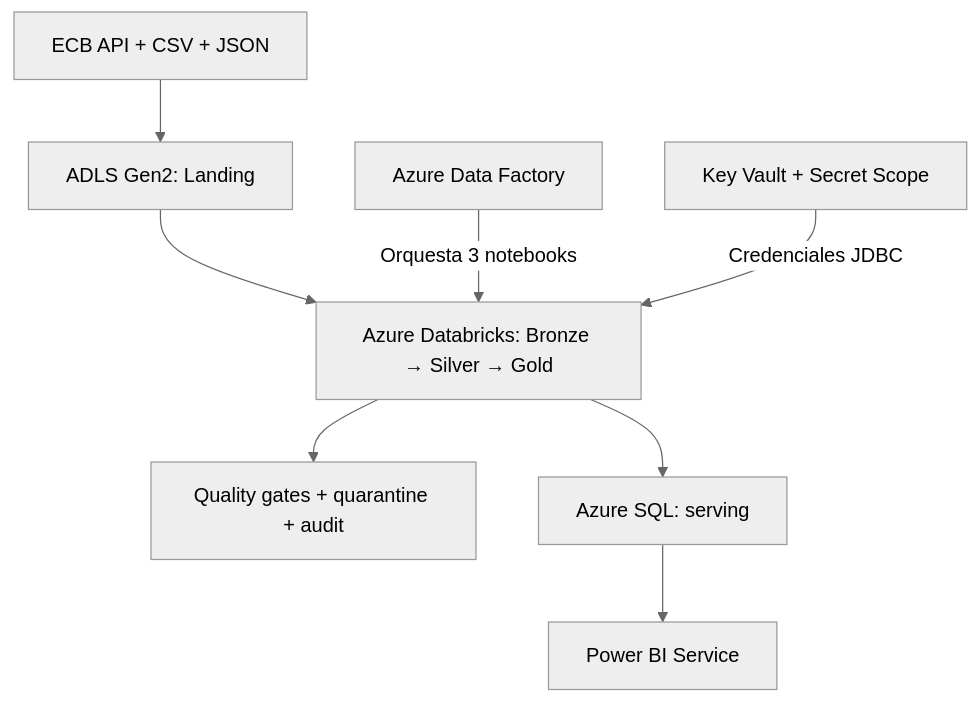
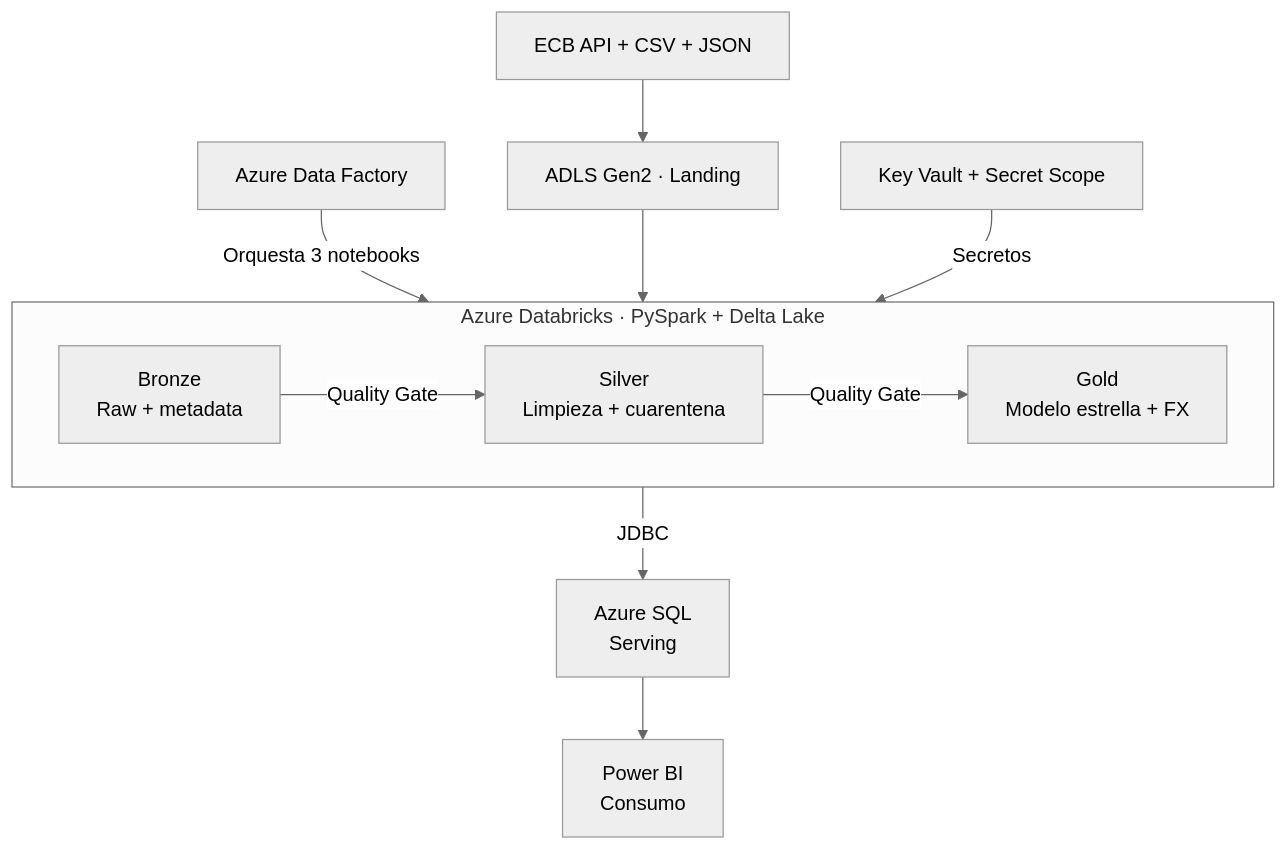
The diagram in 23-azure-adf-databricks-bank-fx/README.md (franciscosalaspla/data-engineering-portfolio), drawn with Mermaid (neutral theme) before and after one commit. The commit also changed other lines of this file and 1 other file, not shown here.

````diff
--- a/23-azure-adf-databricks-bank-fx/README.md
+++ b/23-azure-adf-databricks-bank-fx/README.md
@@ -11,10 +13,16 @@
 ```mermaid
 flowchart TD
-    S["ECB API + CSV + JSON"] --> L["ADLS Gen2: Landing"]
-    L --> D["Azure Databricks: Bronze → Silver → Gold"]
-    A["Azure Data Factory"] -->|"Orquesta 3 notebooks"| D
-    D --> Q["Quality gates + quarantine + audit"]
-    D --> SQL["Azure SQL: serving"]
-    SQL --> BI["Power BI Service"]
-    K["Key Vault + Secret Scope"] -->|"Credenciales JDBC"| D
+    SRC["ECB API + CSV + JSON"] --> LAND["ADLS Gen2 · Landing"]
+    ADF["Azure Data Factory"] -->|"Orquesta 3 notebooks"| BRONZE
+
+    subgraph DBX["Azure Databricks · PySpark + Delta Lake"]
+        direction LR
+        BRONZE["Bronze<br/>Raw + metadata"] -->|"Quality Gate"| SILVER["Silver<br/>Limpieza + cuarentena"]
+        SILVER -->|"Quality Gate"| GOLD["Gold<br/>Modelo estrella + FX"]
+    end
+
+    LAND --> BRONZE
+    GOLD -->|"JDBC"| SQL["Azure SQL<br/>Serving"]
+    SQL --> BI["Power BI<br/>Consumo"]
+    KV["Key Vault + Secret Scope"] -->|"Secretos"| GOLD
 ```
````
